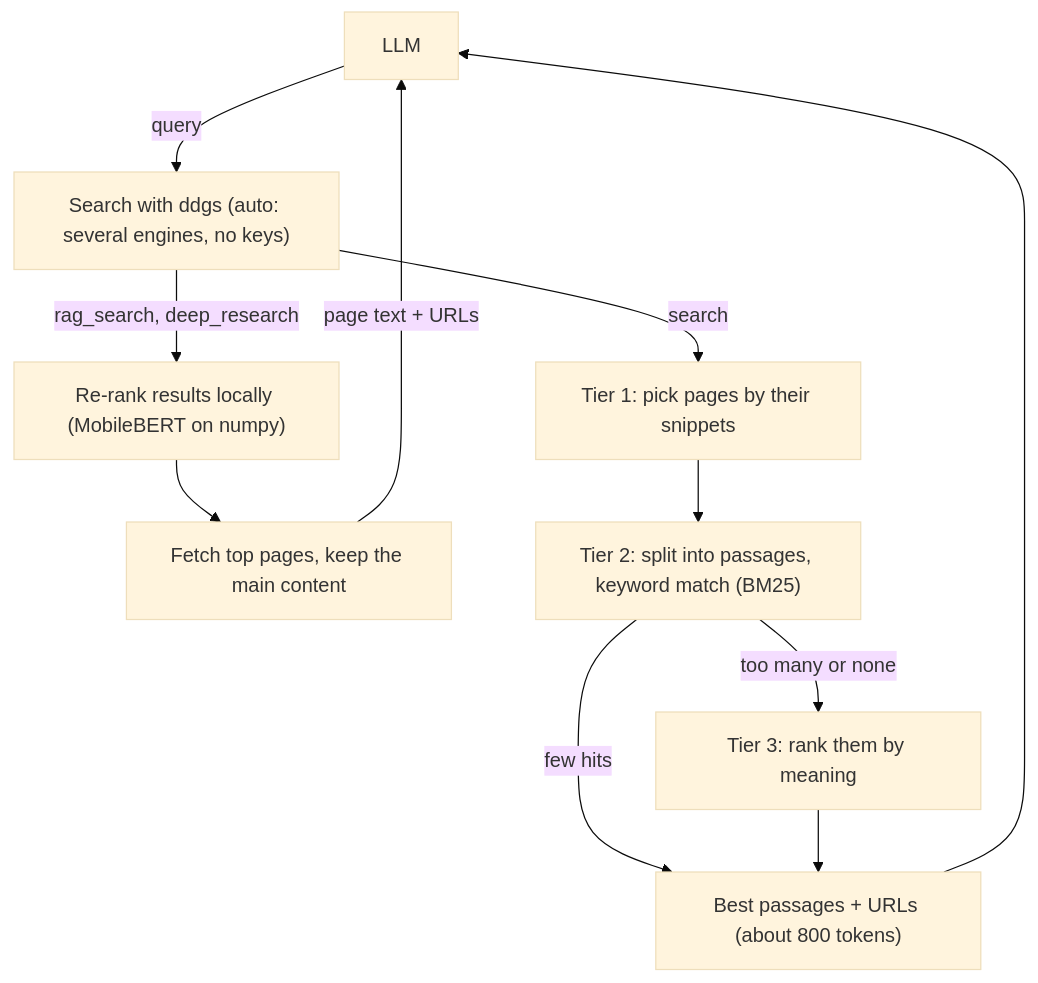
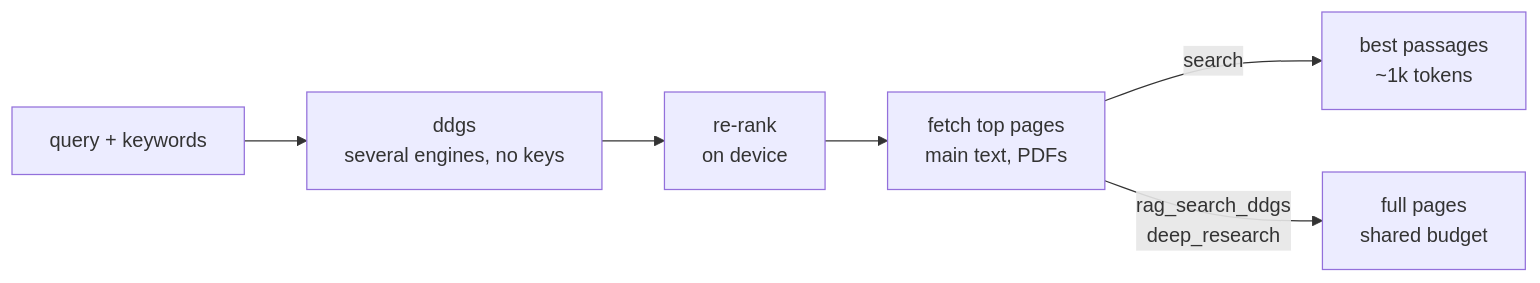
One commit to nkapila6/mcpsurfr changed the diagram in README.md. Above: the diagram before and after it, drawn with Mermaid. The commit also changed other lines of this file, not shown here.

Commit message:
docs: shorter theme-aware diagram and readme accuracy fixes

````diff
--- a/README.md
+++ b/README.md
@@ -7,14 +7,8 @@
 ```mermaid
-%%{init: {'theme': 'base'}}%%
-flowchart TD
-    A[LLM] -->|query| S["Search with ddgs (auto: several engines, no keys)"]
-    S -->|"rag_search, deep_research"| R["Re-rank results locally (MobileBERT on numpy)"]
-    R --> P[Fetch top pages, keep the main content]
-    P -->|page text + URLs| A
-    S -->|search| T1["Tier 1: pick pages by their snippets"]
-    T1 --> T2["Tier 2: split into passages, keyword match (BM25)"]
-    T2 -->|few hits| OUT["Best passages + URLs (about 800 tokens)"]
-    T2 -->|too many or none| T3[Tier 3: rank them by meaning]
-    T3 --> OUT
-    OUT --> A
+flowchart LR
+    Q["query + keywords"] --> S["ddgs<br>several engines, no keys"]
+    S --> R["re-rank<br>on device"]
+    R --> F["fetch top pages<br>main text, PDFs"]
+    F -->|search| P["best passages<br>~1k tokens"]
+    F -->|rag_search_ddgs<br>deep_research| W["full pages<br>shared budget"]
 ```
````
